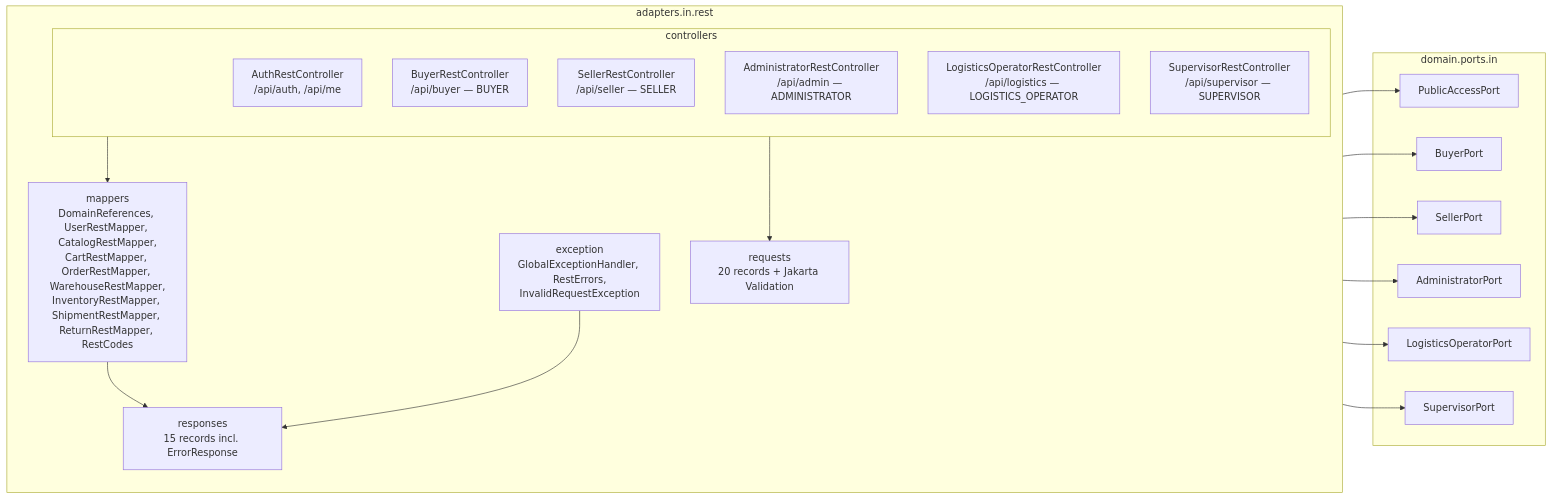
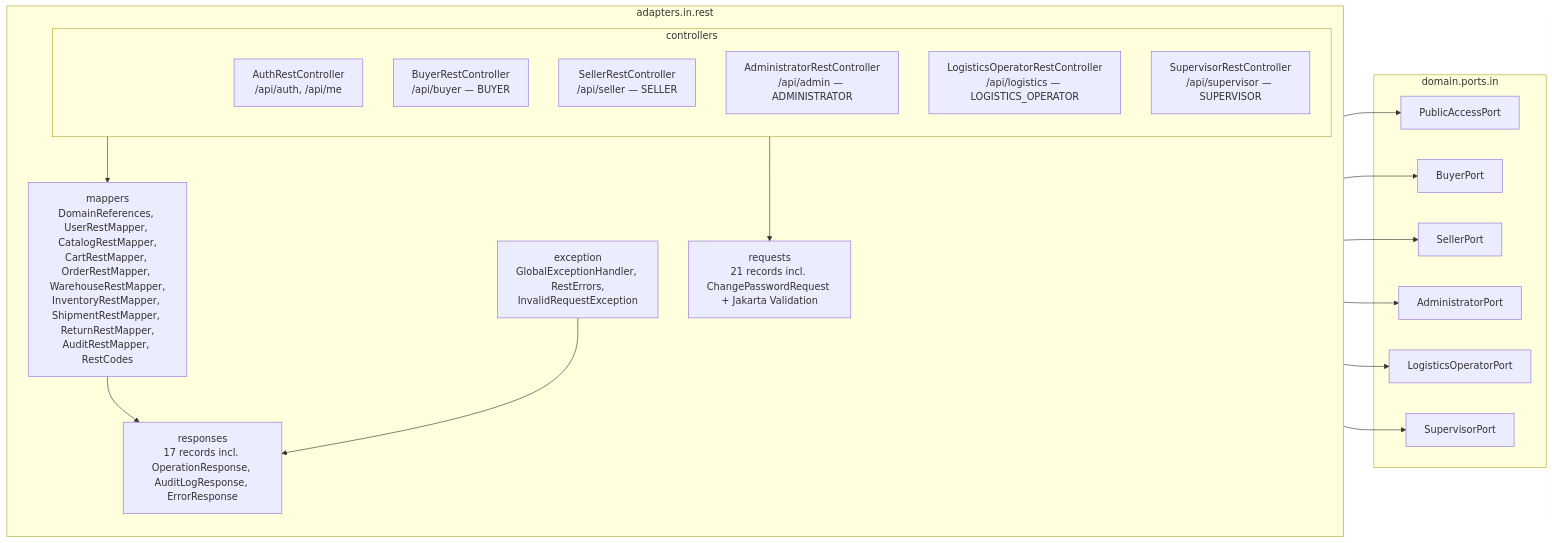
Before and after one commit to Spuerta18/Nexuss: the diagram in SDD/C4/05-layer-adapters-rest.md, drawn with Mermaid. The commit also changed other lines of this file and 34 other files, not shown here.

````diff
--- a/SDD/C4/05-layer-adapters-rest.md
+++ b/SDD/C4/05-layer-adapters-rest.md
@@ -9,38 +9,38 @@
 ```mermaid
 flowchart LR
     subgraph rest["adapters.in.rest"]
         direction TB
         subgraph controllers["controllers"]
             auth["AuthRestController<br/>/api/auth, /api/me"]
             buyer["BuyerRestController<br/>/api/buyer — BUYER"]
             seller["SellerRestController<br/>/api/seller — SELLER"]
             admin["AdministratorRestController<br/>/api/admin — ADMINISTRATOR"]
             logistics["LogisticsOperatorRestController<br/>/api/logistics — LOGISTICS_OPERATOR"]
             supervisor["SupervisorRestController<br/>/api/supervisor — SUPERVISOR"]
         end
-        requests["requests<br/>20 records + Jakarta Validation"]
-        responses["responses<br/>15 records incl. ErrorResponse"]
-        mappers["mappers<br/>DomainReferences, UserRestMapper, CatalogRestMapper,<br/>CartRestMapper, OrderRestMapper, WarehouseRestMapper,<br/>InventoryRestMapper, ShipmentRestMapper, ReturnRestMapper, RestCodes"]
+        requests["requests<br/>21 records incl. ChangePasswordRequest + Jakarta Validation"]
+        responses["responses<br/>17 records incl. OperationResponse, AuditLogResponse, ErrorResponse"]
+        mappers["mappers<br/>DomainReferences, UserRestMapper, CatalogRestMapper,<br/>CartRestMapper, OrderRestMapper, WarehouseRestMapper,<br/>InventoryRestMapper, ShipmentRestMapper, ReturnRestMapper,<br/>AuditRestMapper, RestCodes"]
         exception["exception<br/>GlobalExceptionHandler, RestErrors,<br/>InvalidRequestException"]
     end
 
     subgraph ports["domain.ports.in"]
         pa["PublicAccessPort"]
         bp["BuyerPort"]
         sp["SellerPort"]
         ap["AdministratorPort"]
         lp["LogisticsOperatorPort"]
         vp["SupervisorPort"]
     end
 
     auth --> pa
     buyer --> bp
     seller --> sp
     admin --> ap
     logistics --> lp
     supervisor --> vp
     controllers --> requests
     controllers --> mappers
     mappers --> responses
     exception --> responses
 ```
````
